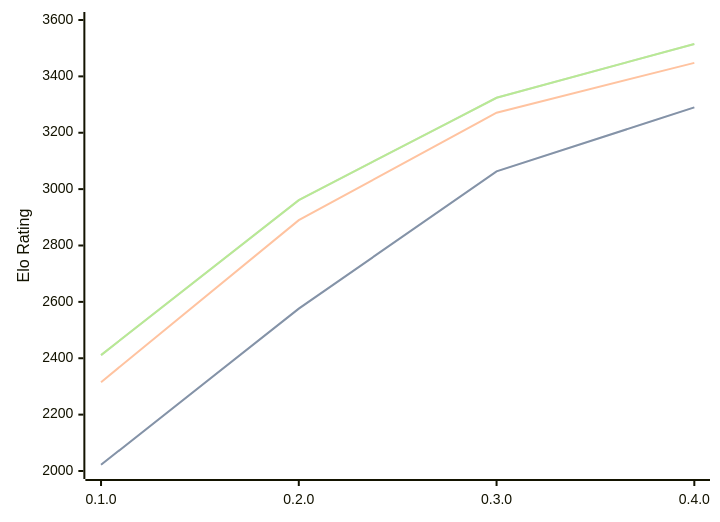
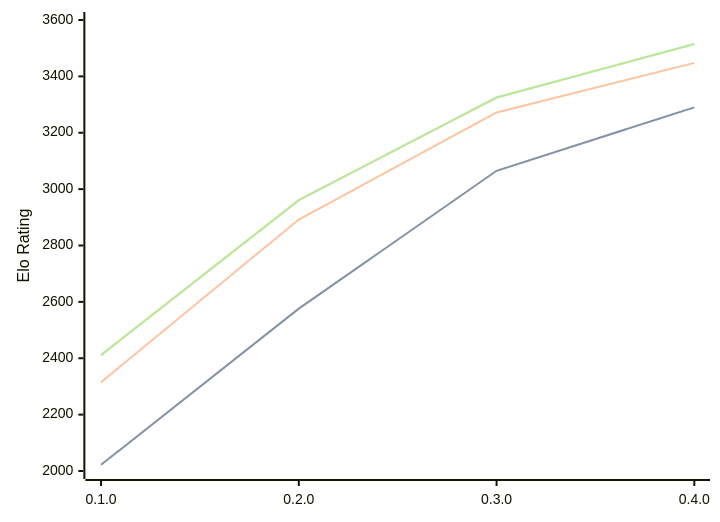
Before and after one commit to computer-chess-index/cci: the diagram in engines/Justbot.md, drawn with Mermaid. The commit also changed other lines of this file, not shown here.

Commit message:
Update CCI Ratings (ELO VLTC) - 2026-09-09

````diff
--- a/engines/Justbot.md
+++ b/engines/Justbot.md
@@ -34,11 +34,11 @@
 ```mermaid
 %%{init: {"theme":"base","themeVariables":{"seriesColors:['#a3a3a3','#222221','#faa371']}}}%%
 xychart-beta
   x-axis ["0.1.0", "0.2.0", "0.3.0", "0.4.0"]
   y-axis "Elo Rating" 2000 --> 3600
-  line "" [2022, 2576, 3063, 3290]
-  line "STC (8.0+0.08s)" [2022, 2576, 3063, 3290]
-  line "LTC (60.0+0.60s)" [2315, 2890, 3271, 3448]
-  line "" [2411, 2961, 3324, 3515]
-  line "VLTC (2m24s+1.12s)" [2411, 2961, 3324, 3515]
+  line "" [2022, 2576, 3065, 3290]
+  line "STC (8.0+0.08s)" [2022, 2576, 3065, 3290]
+  line "LTC (60.0+0.60s)" [2315, 2892, 3272, 3448]
+  line "" [2411, 2961, 3325, 3515]
+  line "VLTC (2m24s+1.12s)" [2411, 2961, 3325, 3515]
 ```
````
